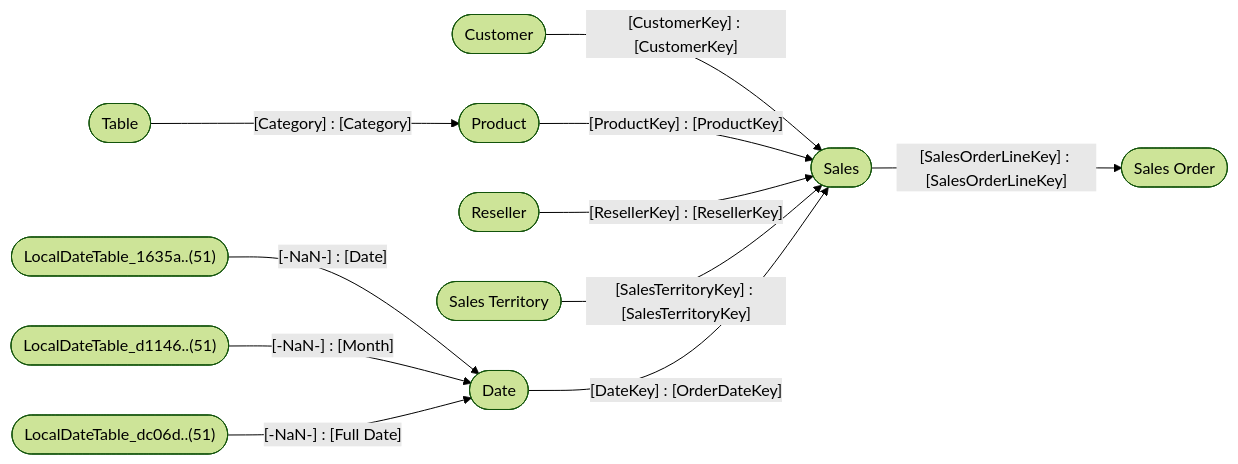
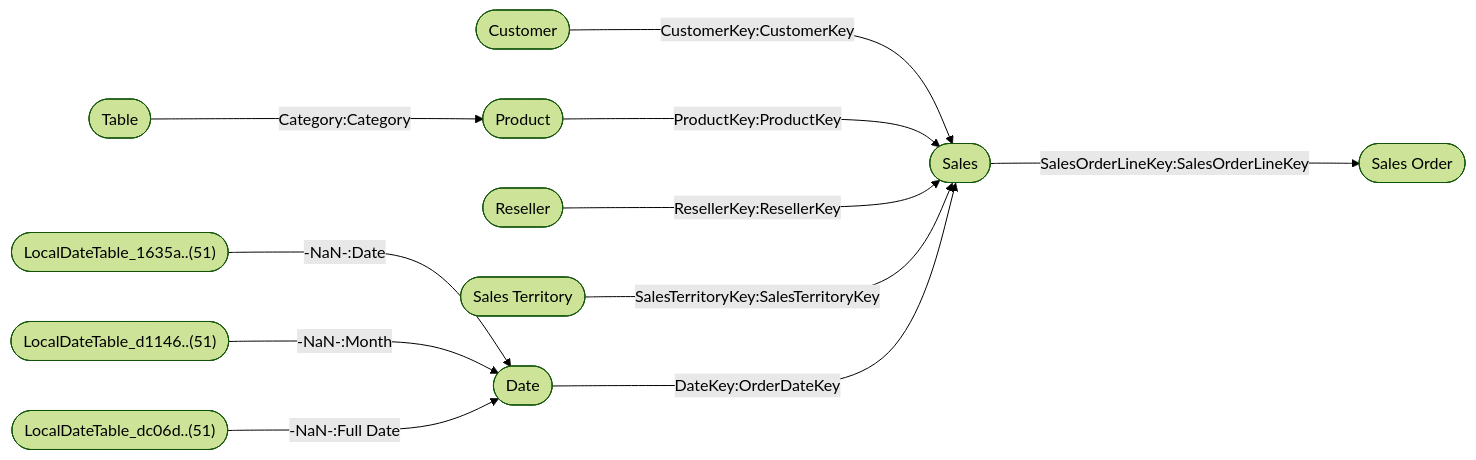
One commit to ZdenekMerka/pbix_doc changed the diagram in tests/output/AdventureWorks Sales.pbix.md. Above: the diagram before and after it, drawn with Mermaid (forest theme). The commit also changed other lines of this file and 8 other files, not shown here.

Commit message:
resolve Unable to render rich display Diagram error not found. #14

````diff
--- a/tests/output/AdventureWorks Sales.pbix.md
+++ b/tests/output/AdventureWorks Sales.pbix.md
@@ -29,14 +29,14 @@
 ```mermaid
 graph LR;
 
-id186(["LocalDateTable_1635a..(51)"]) --[-NaN-] : [Date]--> id183(["Date"])
-id189(["LocalDateTable_d1146..(51)"]) --[-NaN-] : [Month]--> id183(["Date"])
-id192(["LocalDateTable_dc06d..(51)"]) --[-NaN-] : [Full Date]--> id183(["Date"])
-id12(["Customer"]) --[CustomerKey] : [CustomerKey]--> id805(["Sales"])
-id572(["Product"]) --[ProductKey] : [ProductKey]--> id805(["Sales"])
-id690(["Reseller"]) --[ResellerKey] : [ResellerKey]--> id805(["Sales"])
-id805(["Sales"]) --[SalesOrderLineKey] : [SalesOrderLineKey]--> id980(["Sales Order"])
-id1078(["Sales Territory"]) --[SalesTerritoryKey] : [SalesTerritoryKey]--> id805(["Sales"])
-id183(["Date"]) --[DateKey] : [OrderDateKey]--> id805(["Sales"])
-id3642(["Table"]) --[Category] : [Category]--> id572(["Product"])
+id186(["LocalDateTable_1635a..(51)"]) --->|-NaN-:Date| id183(["Date"])
+id189(["LocalDateTable_d1146..(51)"]) --->|-NaN-:Month| id183(["Date"])
+id192(["LocalDateTable_dc06d..(51)"]) --->|-NaN-:Full Date| id183(["Date"])
+id12(["Customer"]) --->|CustomerKey:CustomerKey| id805(["Sales"])
+id572(["Product"]) --->|ProductKey:ProductKey| id805(["Sales"])
+id690(["Reseller"]) --->|ResellerKey:ResellerKey| id805(["Sales"])
+id805(["Sales"]) --->|SalesOrderLineKey:SalesOrderLineKey| id980(["Sales Order"])
+id1078(["Sales Territory"]) --->|SalesTerritoryKey:SalesTerritoryKey| id805(["Sales"])
+id183(["Date"]) --->|DateKey:OrderDateKey| id805(["Sales"])
+id3642(["Table"]) --->|Category:Category| id572(["Product"])
 ```
````
